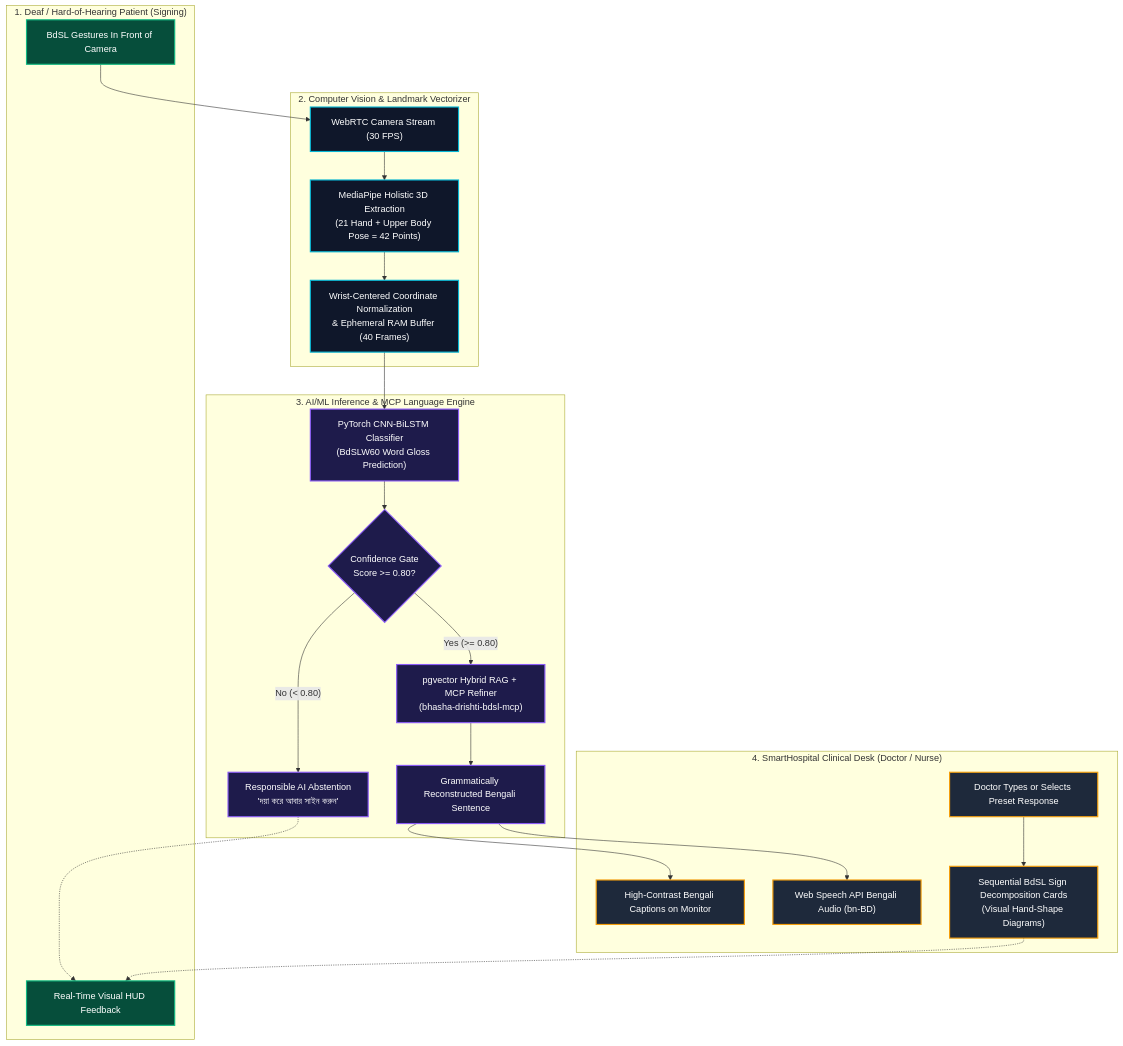
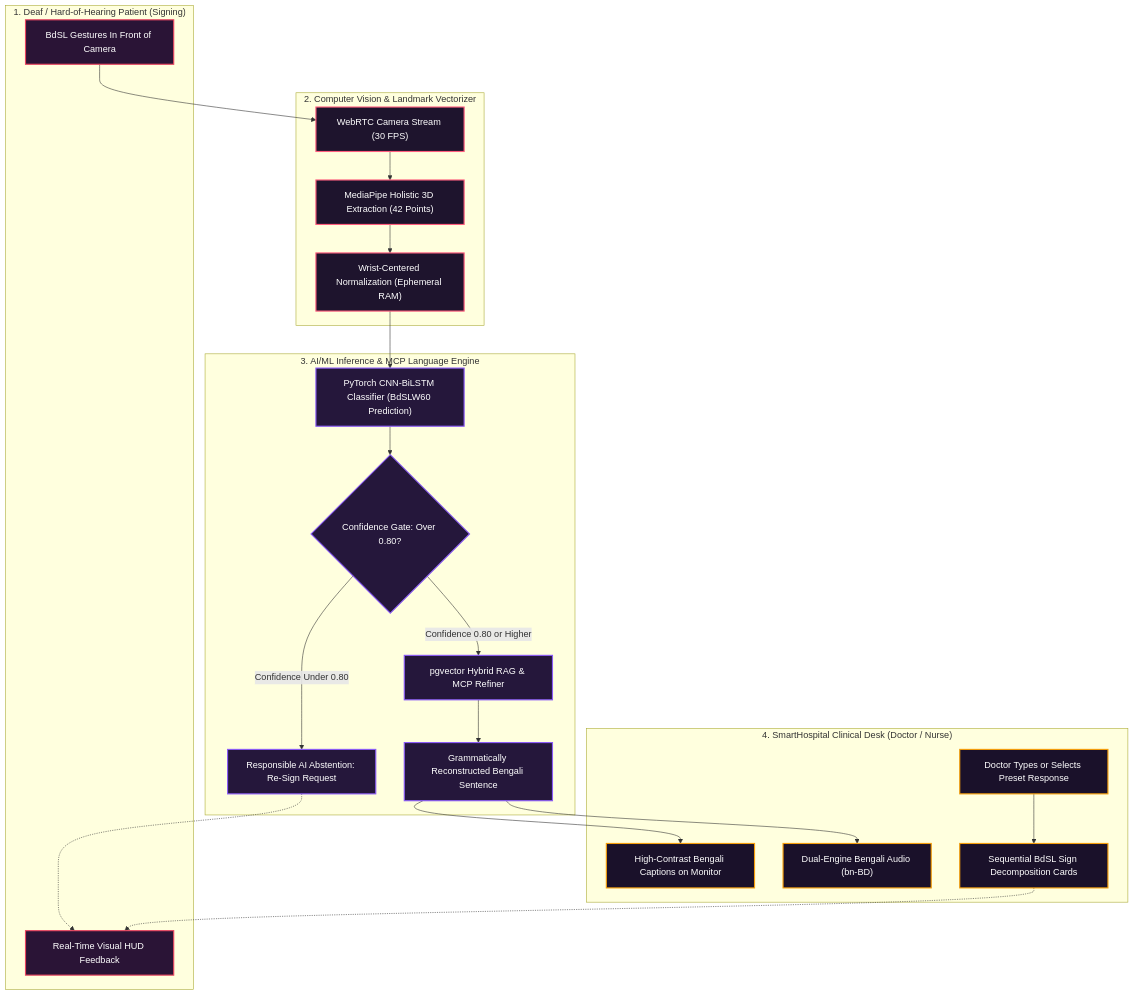
The first of 6 diagrams in README.md (mohammademon10/Bhasha-Drishti), drawn with Mermaid before and after one commit. The commit also changed other lines of this file and 9 other files, not shown here.

Commit message:
feat: apply Royal Aurora color palette, realistic 3D clinical avatar, declutter UI, and fix GitHub Mermaid diagrams

````diff
--- a/README.md
+++ b/README.md
@@ -57,47 +58,47 @@
 ```mermaid
 flowchart TD
-    classDef patient fill:#064E3B,stroke:#10B981,stroke-width:2px,color:#FFFFFF;
-    classDef cv fill:#0F172A,stroke:#06B6D4,stroke-width:2px,color:#FFFFFF;
-    classDef ml fill:#1E1B4B,stroke:#8B5CF6,stroke-width:2px,color:#FFFFFF;
-    classDef doctor fill:#1E293B,stroke:#F59E0B,stroke-width:2px,color:#FFFFFF;
+    classDef patient fill:#2A1436,stroke:#E94560,stroke-width:2px,color:#FFFFFF;
+    classDef cv fill:#1E142D,stroke:#FF5E7E,stroke-width:2px,color:#FFFFFF;
+    classDef ml fill:#25173B,stroke:#8B5CF6,stroke-width:2px,color:#FFFFFF;
+    classDef doctor fill:#1A112A,stroke:#F59E0B,stroke-width:2px,color:#FFFFFF;
 
     subgraph DEAF_PATIENT["1. Deaf / Hard-of-Hearing Patient (Signing)"]
         P1["BdSL Gestures In Front of Camera"]:::patient
         P2["Real-Time Visual HUD Feedback"]:::patient
     end
 
     subgraph VISION_PIPELINE["2. Computer Vision & Landmark Vectorizer"]
         V1["WebRTC Camera Stream (30 FPS)"]:::cv
-        V2["MediaPipe Holistic 3D Extraction<br/>(21 Hand + Upper Body Pose = 42 Points)"]:::cv
-        V3["Wrist-Centered Coordinate Normalization<br/>& Ephemeral RAM Buffer (40 Frames)"]:::cv
+        V2["MediaPipe Holistic 3D Extraction (42 Points)"]:::cv
+        V3["Wrist-Centered Normalization (Ephemeral RAM)"]:::cv
     end
 
     subgraph AI_CORE["3. AI/ML Inference & MCP Language Engine"]
-        M1["PyTorch CNN-BiLSTM Classifier<br/>(BdSLW60 Word Gloss Prediction)"]:::ml
-        M2{"Confidence Gate<br/>Score >= 0.80?"}:::ml
-        M3["Responsible AI Abstention<br/>'দয়া করে আবার সাইন করুন'"]:::ml
-        M4["pgvector Hybrid RAG + MCP Refiner<br/>(bhasha-drishti-bdsl-mcp)"]:::ml
+        M1["PyTorch CNN-BiLSTM Classifier (BdSLW60 Prediction)"]:::ml
+        M2{"Confidence Gate: Over 0.80?"}:::ml
+        M3["Responsible AI Abstention: Re-Sign Request"]:::ml
+        M4["pgvector Hybrid RAG & MCP Refiner"]:::ml
         M5["Grammatically Reconstructed Bengali Sentence"]:::ml
     end
 
     subgraph HOSPITAL_DESK["4. SmartHospital Clinical Desk (Doctor / Nurse)"]
         D1["High-Contrast Bengali Captions on Monitor"]:::doctor
-        D2["Web Speech API Bengali Audio (bn-BD)"]:::doctor
+        D2["Dual-Engine Bengali Audio (bn-BD)"]:::doctor
         D3["Doctor Types or Selects Preset Response"]:::doctor
-        D4["Sequential BdSL Sign Decomposition Cards<br/>(Visual Hand-Shape Diagrams)"]:::doctor
+        D4["Sequential BdSL Sign Decomposition Cards"]:::doctor
     end
 
     P1 --> V1
     V1 --> V2
     V2 --> V3
     V3 --> M1
     M1 --> M2
-    M2 -- "No (< 0.80)" --> M3
+    M2 -- "Confidence Under 0.80" --> M3
     M3 -.-> P2
-    M2 -- "Yes (>= 0.80)" --> M4
+    M2 -- "Confidence 0.80 or Higher" --> M4
     M4 --> M5
     M5 --> D1
     M5 --> D2
     D3 --> D4
     D4 -.-> P2
 ```
````
